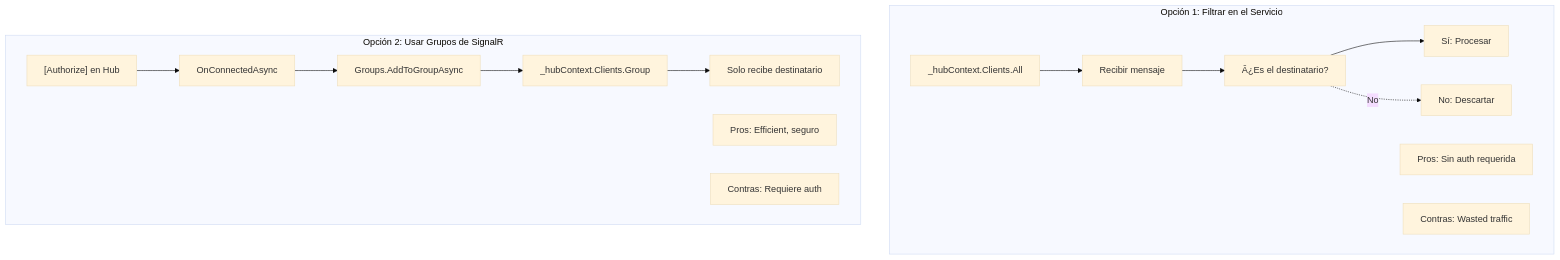
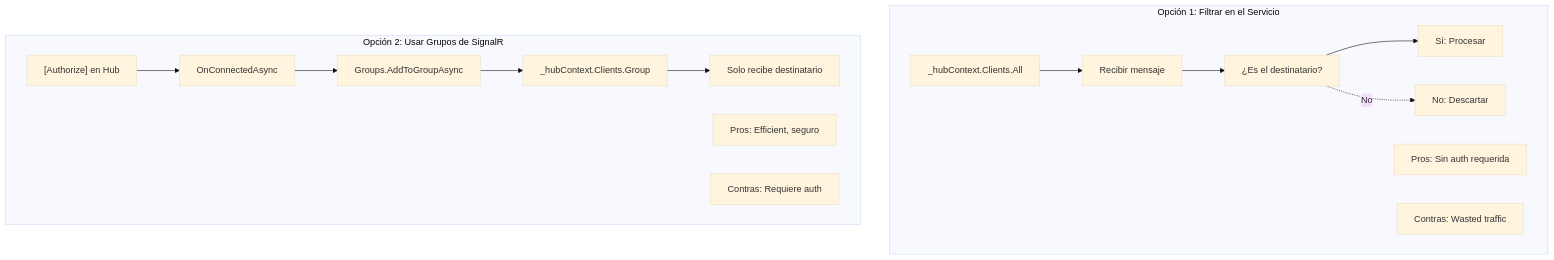
Before and after one commit to joseluisgs/TiendaDawApi-Cqrs-MediatR-NetCore: the sixth of 8 diagrams in doc/20-websockets.md, drawn with Mermaid (base theme). The commit also changed other lines of this file and 27 other files, not shown here.

````diff
--- a/doc/20-websockets.md
+++ b/doc/20-websockets.md
@@ -932,25 +932,25 @@
 ```mermaid
 flowchart TB
     subgraph "Opción 1: Filtrar en el Servicio"
         A1["_hubContext.Clients.All"]
         A2["Recibir mensaje"]
-        A3["Â¿Es el destinatario?"]
+        A3["¿Es el destinatario?"]
         A4["Sí: Procesar"]
         A5["No: Descartar"]
         A6["Pros: Sin auth requerida"]
         A7["Contras: Wasted traffic"]
         A1 --> A2 --> A3 --> A4
         A3 -.->|No| A5
     end
 
     subgraph "Opción 2: Usar Grupos de SignalR"
         B1["[Authorize] en Hub"]
         B2["OnConnectedAsync"]
         B3["Groups.AddToGroupAsync"]
         B4["_hubContext.Clients.Group"]
         B5["Solo recibe destinatario"]
         B6["Pros: Efficient, seguro"]
         B7["Contras: Requiere auth"]
         B1 --> B2 --> B3 --> B4 --> B5
     end
 ```
````
